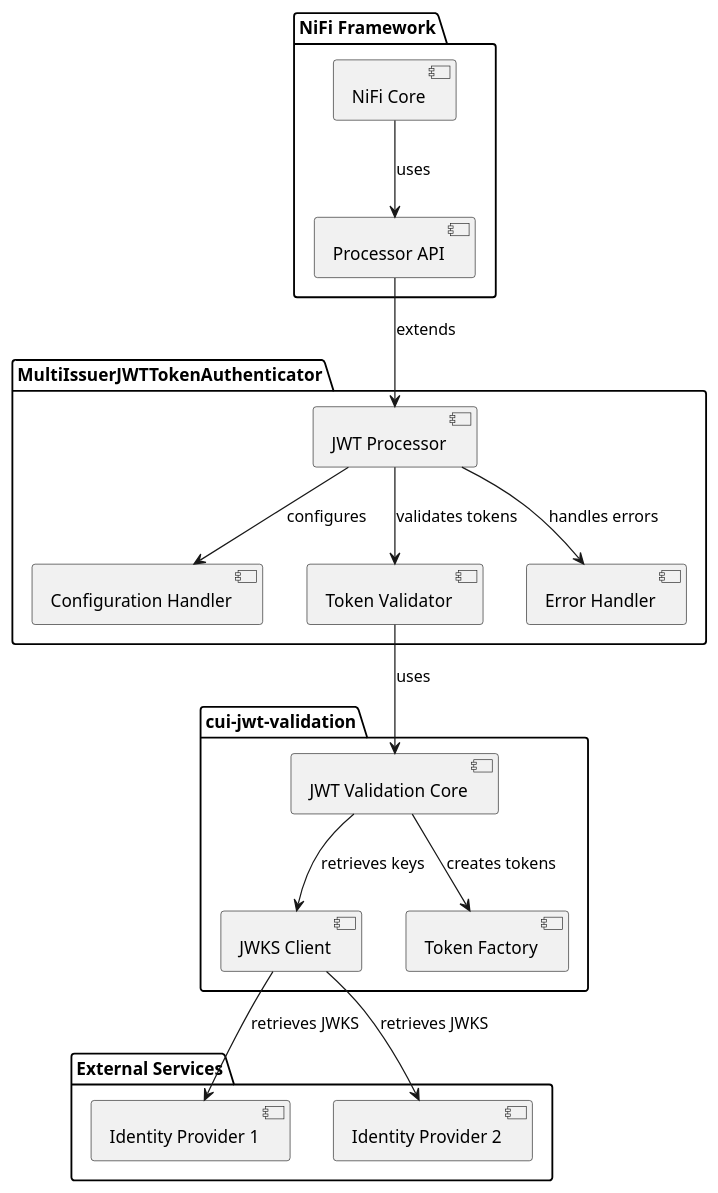
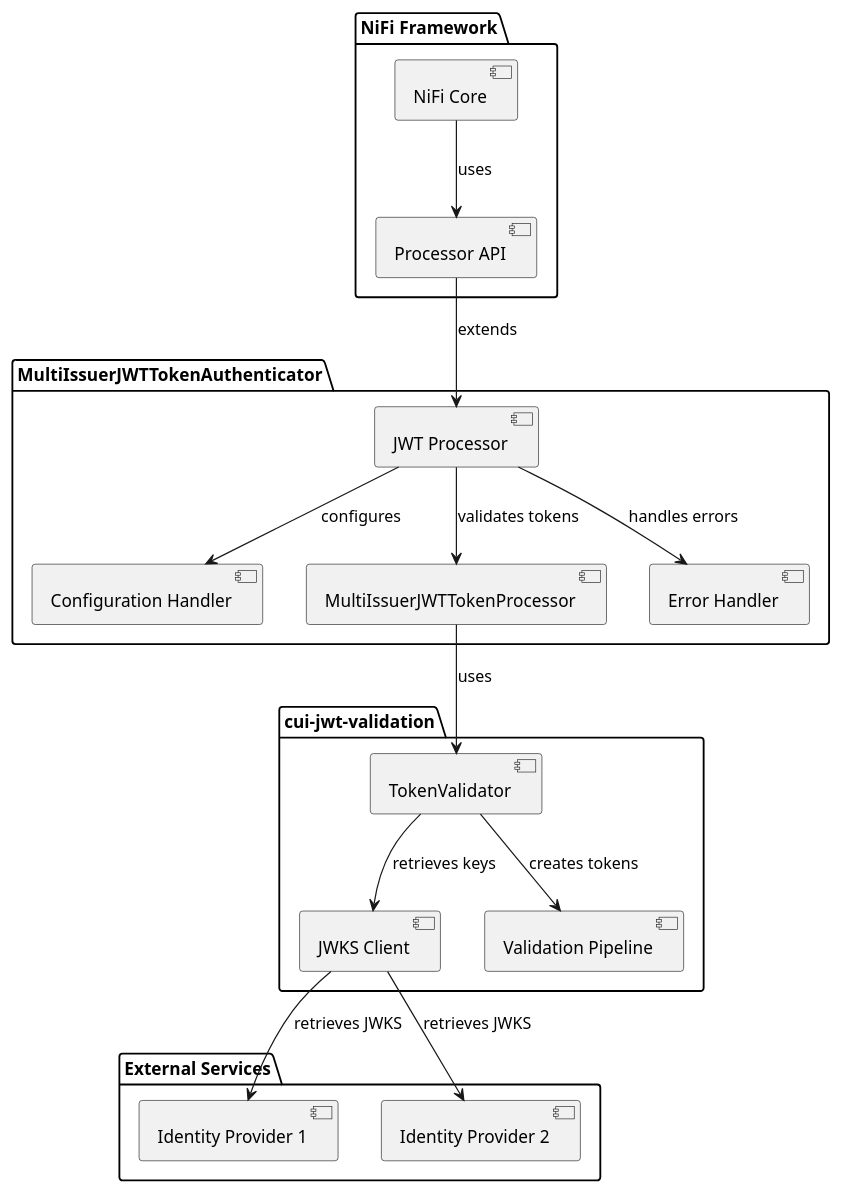
The diagram in doc/plantuml/architecture.puml (cuioss/nifi-extensions), drawn with PlantUML before and after one commit. The commit also changed 14 other files, not shown here.

```diff
--- a/doc/plantuml/architecture.puml
+++ b/doc/plantuml/architecture.puml
@@ -1,38 +1,38 @@
 @startuml
 package "NiFi Framework" {
   [NiFi Core] as NiFiCore
   [Processor API] as ProcessorAPI
 }
 
 package "MultiIssuerJWTTokenAuthenticator" {
   [JWT Processor] as JWTProcessor
   [Configuration Handler] as ConfigHandler
-  [Token Validator] as TokenValidator
+  [MultiIssuerJWTTokenProcessor] as MultiIssuerJWTTokenProcessor
   [Error Handler] as ErrorHandler
 }
 
 package "cui-jwt-validation" {
-  [JWT Validation Core] as ValidationCore
+  [TokenValidator] as TokenValidator
   [JWKS Client] as JWKSClient
-  [Token Factory] as TokenFactory
+  [Validation Pipeline] as ValidationPipeline
 }
 
 package "External Services" {
   [Identity Provider 1] as IDP1
   [Identity Provider 2] as IDP2
 }
 
 NiFiCore --> ProcessorAPI : uses
 ProcessorAPI --> JWTProcessor : extends
 
 JWTProcessor --> ConfigHandler : configures
-JWTProcessor --> TokenValidator : validates tokens
+JWTProcessor --> MultiIssuerJWTTokenProcessor : validates tokens
 JWTProcessor --> ErrorHandler : handles errors
 
-TokenValidator --> ValidationCore : uses
-ValidationCore --> JWKSClient : retrieves keys
-ValidationCore --> TokenFactory : creates tokens
+MultiIssuerJWTTokenProcessor --> TokenValidator : uses
+TokenValidator --> JWKSClient : retrieves keys
+TokenValidator --> ValidationPipeline : creates tokens
 
 JWKSClient --> IDP1 : retrieves JWKS
 JWKSClient --> IDP2 : retrieves JWKS
 @enduml
```
